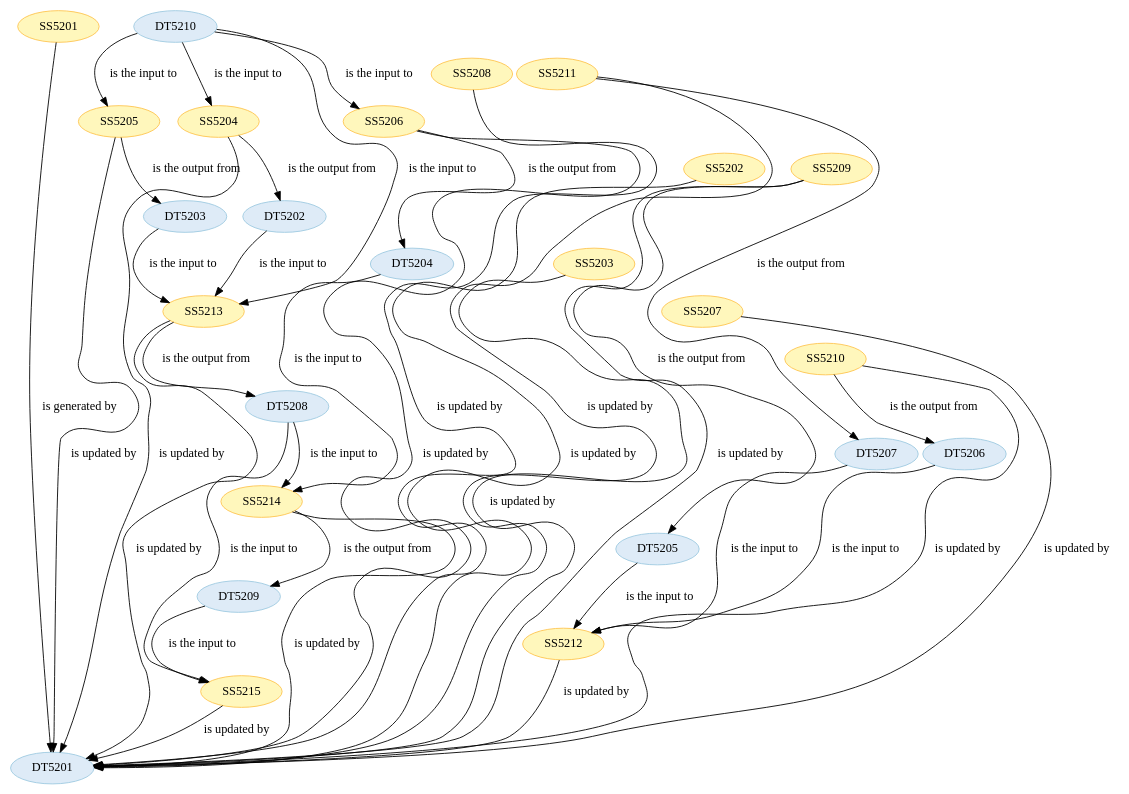
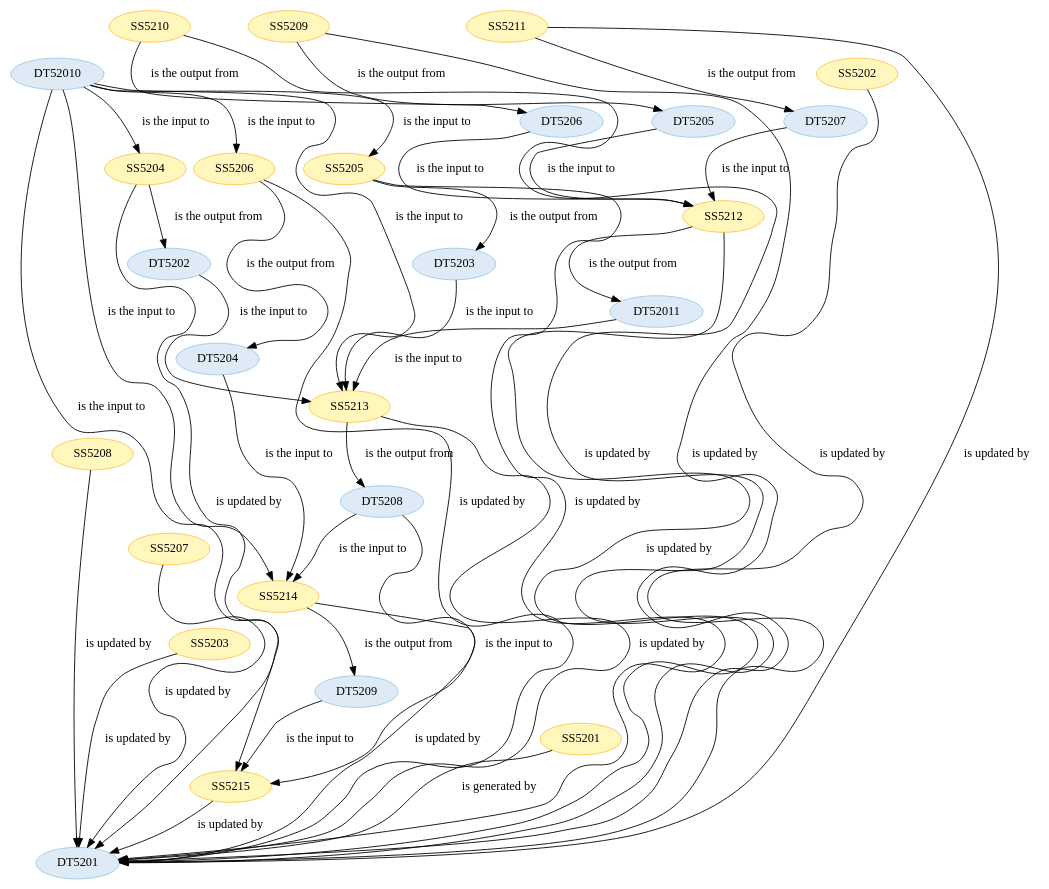
The diagram in wf5201/ST520101.dot (Marco-Salvi/cwl-test), drawn with Graphviz before and after one commit. The commit also changed 28 other files, not shown here.

```diff
--- a/wf5201/ST520101.dot
+++ b/wf5201/ST520101.dot
@@ -1,126 +1,136 @@
 strict digraph {
 
 
-	"DT5207" [ color="2", colorscheme="blues3", fillcolor="1", style="filled",  weight=0 ];
+	"SS5208" [ color="2", colorscheme="ylorbr3", fillcolor="1", style="filled",  weight=0 ];
 
-	"DT5207" -> "SS5212" [ label="is the input to", labeltooltip="DT5207 - is the input to - SS5212",  weight=0 ];
+	"SS5208" -> "DT5201" [ label="is updated by", labeltooltip="DT5201 - is updated by - SS5208",  weight=0 ];
+
+	"DT5204" [ color="2", colorscheme="blues3", fillcolor="1", style="filled",  weight=0 ];
+
+	"DT5204" -> "SS5214" [ label="is the input to", labeltooltip="DT5204 - is the input to - SS5214",  weight=0 ];
+
+	"SS5207" [ color="2", colorscheme="ylorbr3", fillcolor="1", style="filled",  weight=0 ];
+
+	"SS5207" -> "DT5201" [ label="is updated by", labeltooltip="DT5201 - is updated by - SS5207",  weight=0 ];
+
+	"SS5214" [ color="2", colorscheme="ylorbr3", fillcolor="1", style="filled",  weight=0 ];
+
+	"SS5214" -> "DT5209" [ label="is the output from", labeltooltip="DT5209 - is the output from - SS5214",  weight=0 ];
+
+	"SS5214" -> "DT5201" [ label="is updated by", labeltooltip="DT5201 - is updated by - SS5214",  weight=0 ];
+
+	"SS5203" [ color="2", colorscheme="ylorbr3", fillcolor="1", style="filled",  weight=0 ];
+
+	"SS5203" -> "DT5201" [ label="is updated by", labeltooltip="DT5201 - is updated by - SS5203",  weight=0 ];
+
+	"DT5209" [ color="2", colorscheme="blues3", fillcolor="1", style="filled",  weight=0 ];
+
+	"DT5209" -> "SS5215" [ label="is the input to", labeltooltip="DT5209 - is the input to - SS5215",  weight=0 ];
+
+	"DT5206" [ color="2", colorscheme="blues3", fillcolor="1", style="filled",  weight=0 ];
+
+	"DT5206" -> "SS5212" [ label="is the input to", labeltooltip="DT5206 - is the input to - SS5212",  weight=0 ];
+
+	"DT5205" [ color="2", colorscheme="blues3", fillcolor="1", style="filled",  weight=0 ];
+
+	"DT5205" -> "SS5212" [ label="is the input to", labeltooltip="DT5205 - is the input to - SS5212",  weight=0 ];
+
+	"SS5204" [ color="2", colorscheme="ylorbr3", fillcolor="1", style="filled",  weight=0 ];
+
+	"SS5204" -> "DT5201" [ label="is updated by", labeltooltip="DT5201 - is updated by - SS5204",  weight=0 ];
+
+	"SS5204" -> "DT5202" [ label="is the output from", labeltooltip="DT5202 - is the output from - SS5204",  weight=0 ];
+
+	"SS5206" [ color="2", colorscheme="ylorbr3", fillcolor="1", style="filled",  weight=0 ];
+
+	"SS5206" -> "DT5201" [ label="is updated by", labeltooltip="DT5201 - is updated by - SS5206",  weight=0 ];
+
+	"SS5206" -> "DT5204" [ label="is the output from", labeltooltip="DT5204 - is the output from - SS5206",  weight=0 ];
+
+	"SS5215" [ color="2", colorscheme="ylorbr3", fillcolor="1", style="filled",  weight=0 ];
+
+	"SS5215" -> "DT5201" [ label="is updated by", labeltooltip="DT5201 - is updated by - SS5215",  weight=0 ];
 
 	"SS5201" [ color="2", colorscheme="ylorbr3", fillcolor="1", style="filled",  weight=0 ];
 
 	"SS5201" -> "DT5201" [ label="is generated by", labeltooltip="DT5201 - is generated by - SS5201",  weight=0 ];
 
-	"DT5208" [ color="2", colorscheme="blues3", fillcolor="1", style="filled",  weight=0 ];
+	"SS5205" [ color="2", colorscheme="ylorbr3", fillcolor="1", style="filled",  weight=0 ];
 
-	"DT5208" -> "SS5215" [ label="is the input to", labeltooltip="DT5208 - is the input to - SS5215",  weight=0 ];
+	"SS5205" -> "DT5203" [ label="is the output from", labeltooltip="DT5203 - is the output from - SS5205",  weight=0 ];
 
-	"DT5208" -> "SS5214" [ label="is the input to", labeltooltip="DT5208 - is the input to - SS5214",  weight=0 ];
+	"SS5205" -> "DT5201" [ label="is updated by", labeltooltip="DT5201 - is updated by - SS5205",  weight=0 ];
 
-	"DT5209" [ color="2", colorscheme="blues3", fillcolor="1", style="filled",  weight=0 ];
+	"DT52010" [ color="2", colorscheme="blues3", fillcolor="1", style="filled",  weight=0 ];
 
-	"DT5209" -> "SS5215" [ label="is the input to", labeltooltip="DT5209 - is the input to - SS5215",  weight=0 ];
+	"DT52010" -> "SS5214" [ label="is the input to", labeltooltip="DT52010 - is the input to - SS5214",  weight=0 ];
 
-	"DT5205" [ color="2", colorscheme="blues3", fillcolor="1", style="filled",  weight=0 ];
+	"DT52010" -> "SS5215" [ label="is the input to", labeltooltip="DT52010 - is the input to - SS5215",  weight=0 ];
 
-	"DT5205" -> "SS5212" [ label="is the input to", labeltooltip="DT5205 - is the input to - SS5212",  weight=0 ];
+	"DT52010" -> "SS5204" [ label="is the input to", labeltooltip="DT52010 - is the input to - SS5204",  weight=0 ];
 
-	"SS5208" [ color="2", colorscheme="ylorbr3", fillcolor="1", style="filled",  weight=0 ];
+	"DT52010" -> "SS5205" [ label="is the input to", labeltooltip="DT52010 - is the input to - SS5205",  weight=0 ];
 
-	"SS5208" -> "DT5201" [ label="is updated by", labeltooltip="DT5201 - is updated by - SS5208",  weight=0 ];
+	"DT52010" -> "SS5206" [ label="is the input to", labeltooltip="DT52010 - is the input to - SS5206",  weight=0 ];
+
+	"DT52010" -> "SS5213" [ label="is the input to", labeltooltip="DT52010 - is the input to - SS5213",  weight=0 ];
 
 	"SS5202" [ color="2", colorscheme="ylorbr3", fillcolor="1", style="filled",  weight=0 ];
 
 	"SS5202" -> "DT5201" [ label="is updated by", labeltooltip="DT5201 - is updated by - SS5202",  weight=0 ];
+
+	"SS5209" [ color="2", colorscheme="ylorbr3", fillcolor="1", style="filled",  weight=0 ];
+
+	"SS5209" -> "DT5201" [ label="is updated by", labeltooltip="DT5201 - is updated by - SS5209",  weight=0 ];
+
+	"SS5209" -> "DT5205" [ label="is the output from", labeltooltip="DT5205 - is the output from - SS5209",  weight=0 ];
 
 	"SS5211" [ color="2", colorscheme="ylorbr3", fillcolor="1", style="filled",  weight=0 ];
 
 	"SS5211" -> "DT5201" [ label="is updated by", labeltooltip="DT5201 - is updated by - SS5211",  weight=0 ];
 
 	"SS5211" -> "DT5207" [ label="is the output from", labeltooltip="DT5207 - is the output from - SS5211",  weight=0 ];
 
+	"DT5201" [ color="2", colorscheme="blues3", fillcolor="1", style="filled",  weight=0 ];
+
 	"DT5203" [ color="2", colorscheme="blues3", fillcolor="1", style="filled",  weight=0 ];
 
 	"DT5203" -> "SS5213" [ label="is the input to", labeltooltip="DT5203 - is the input to - SS5213",  weight=0 ];
-
-	"SS5203" [ color="2", colorscheme="ylorbr3", fillcolor="1", style="filled",  weight=0 ];
-
-	"SS5203" -> "DT5201" [ label="is updated by", labeltooltip="DT5201 - is updated by - SS5203",  weight=0 ];
-
-	"SS5213" [ color="2", colorscheme="ylorbr3", fillcolor="1", style="filled",  weight=0 ];
-
-	"SS5213" -> "DT5208" [ label="is the output from", labeltooltip="DT5208 - is the output from - SS5213",  weight=0 ];
-
-	"SS5213" -> "DT5201" [ label="is updated by", labeltooltip="DT5201 - is updated by - SS5213",  weight=0 ];
-
-	"SS5204" [ color="2", colorscheme="ylorbr3", fillcolor="1", style="filled",  weight=0 ];
-
-	"SS5204" -> "DT5201" [ label="is updated by", labeltooltip="DT5201 - is updated by - SS5204",  weight=0 ];
-
-	"SS5204" -> "DT5202" [ label="is the output from", labeltooltip="DT5202 - is the output from - SS5204",  weight=0 ];
-
-	"DT5206" [ color="2", colorscheme="blues3", fillcolor="1", style="filled",  weight=0 ];
-
-	"DT5206" -> "SS5212" [ label="is the input to", labeltooltip="DT5206 - is the input to - SS5212",  weight=0 ];
-
-	"DT5201" [ color="2", colorscheme="blues3", fillcolor="1", style="filled",  weight=0 ];
-
-	"DT5202" [ color="2", colorscheme="blues3", fillcolor="1", style="filled",  weight=0 ];
-
-	"DT5202" -> "SS5213" [ label="is the input to", labeltooltip="DT5202 - is the input to - SS5213",  weight=0 ];
-
-	"SS5206" [ color="2", colorscheme="ylorbr3", fillcolor="1", style="filled",  weight=0 ];
-
-	"SS5206" -> "DT5204" [ label="is the output from", labeltooltip="DT5204 - is the output from - SS5206",  weight=0 ];
-
-	"SS5206" -> "DT5201" [ label="is updated by", labeltooltip="DT5201 - is updated by - SS5206",  weight=0 ];
 
 	"SS5212" [ color="2", colorscheme="ylorbr3", fillcolor="1", style="filled",  weight=0 ];
 
 	"SS5212" -> "DT5201" [ label="is updated by", labeltooltip="DT5201 - is updated by - SS5212",  weight=0 ];
 
-	"SS5214" [ color="2", colorscheme="ylorbr3", fillcolor="1", style="filled",  weight=0 ];
-
-	"SS5214" -> "DT5201" [ label="is updated by", labeltooltip="DT5201 - is updated by - SS5214",  weight=0 ];
-
-	"SS5214" -> "DT5209" [ label="is the output from", labeltooltip="DT5209 - is the output from - SS5214",  weight=0 ];
-
-	"SS5205" [ color="2", colorscheme="ylorbr3", fillcolor="1", style="filled",  weight=0 ];
-
-	"SS5205" -> "DT5201" [ label="is updated by", labeltooltip="DT5201 - is updated by - SS5205",  weight=0 ];
-
-	"SS5205" -> "DT5203" [ label="is the output from", labeltooltip="DT5203 - is the output from - SS5205",  weight=0 ];
-
-	"SS5209" [ color="2", colorscheme="ylorbr3", fillcolor="1", style="filled",  weight=0 ];
-
-	"SS5209" -> "DT5205" [ label="is the output from", labeltooltip="DT5205 - is the output from - SS5209",  weight=0 ];
-
-	"SS5209" -> "DT5201" [ label="is updated by", labeltooltip="DT5201 - is updated by - SS5209",  weight=0 ];
-
-	"SS5207" [ color="2", colorscheme="ylorbr3", fillcolor="1", style="filled",  weight=0 ];
-
-	"SS5207" -> "DT5201" [ label="is updated by", labeltooltip="DT5201 - is updated by - SS5207",  weight=0 ];
-
-	"DT5210" [ color="2", colorscheme="blues3", fillcolor="1", style="filled",  weight=0 ];
-
-	"DT5210" -> "SS5213" [ label="is the input to", labeltooltip="DT5210 - is the input to - SS5213",  weight=0 ];
-
-	"DT5210" -> "SS5204" [ label="is the input to", labeltooltip="DT5210 - is the input to - SS5204",  weight=0 ];
-
-	"DT5210" -> "SS5205" [ label="is the input to", labeltooltip="DT5210 - is the input to - SS5205",  weight=0 ];
-
-	"DT5210" -> "SS5206" [ label="is the input to", labeltooltip="DT5210 - is the input to - SS5206",  weight=0 ];
-
-	"SS5215" [ color="2", colorscheme="ylorbr3", fillcolor="1", style="filled",  weight=0 ];
-
-	"SS5215" -> "DT5201" [ label="is updated by", labeltooltip="DT5201 - is updated by - SS5215",  weight=0 ];
-
-	"DT5204" [ color="2", colorscheme="blues3", fillcolor="1", style="filled",  weight=0 ];
-
-	"DT5204" -> "SS5214" [ label="is the input to", labeltooltip="DT5204 - is the input to - SS5214",  weight=0 ];
+	"SS5212" -> "DT52011" [ label="is the output from", labeltooltip="DT52011 - is the output from - SS5212",  weight=0 ];
 
 	"SS5210" [ color="2", colorscheme="ylorbr3", fillcolor="1", style="filled",  weight=0 ];
 
 	"SS5210" -> "DT5201" [ label="is updated by", labeltooltip="DT5201 - is updated by - SS5210",  weight=0 ];
 
 	"SS5210" -> "DT5206" [ label="is the output from", labeltooltip="DT5206 - is the output from - SS5210",  weight=0 ];
 
+	"DT5207" [ color="2", colorscheme="blues3", fillcolor="1", style="filled",  weight=0 ];
+
+	"DT5207" -> "SS5212" [ label="is the input to", labeltooltip="DT5207 - is the input to - SS5212",  weight=0 ];
+
+	"DT5202" [ color="2", colorscheme="blues3", fillcolor="1", style="filled",  weight=0 ];
+
+	"DT5202" -> "SS5213" [ label="is the input to", labeltooltip="DT5202 - is the input to - SS5213",  weight=0 ];
+
+	"SS5213" [ color="2", colorscheme="ylorbr3", fillcolor="1", style="filled",  weight=0 ];
+
+	"SS5213" -> "DT5201" [ label="is updated by", labeltooltip="DT5201 - is updated by - SS5213",  weight=0 ];
+
+	"SS5213" -> "DT5208" [ label="is the output from", labeltooltip="DT5208 - is the output from - SS5213",  weight=0 ];
+
+	"DT52011" [ color="2", colorscheme="blues3", fillcolor="1", style="filled",  weight=0 ];
+
+	"DT52011" -> "SS5213" [ label="is the input to", labeltooltip="DT52011 - is the input to - SS5213",  weight=0 ];
+
+	"DT5208" [ color="2", colorscheme="blues3", fillcolor="1", style="filled",  weight=0 ];
+
+	"DT5208" -> "SS5214" [ label="is the input to", labeltooltip="DT5208 - is the input to - SS5214",  weight=0 ];
+
+	"DT5208" -> "SS5215" [ label="is the input to", labeltooltip="DT5208 - is the input to - SS5215",  weight=0 ];
+
 }
```
